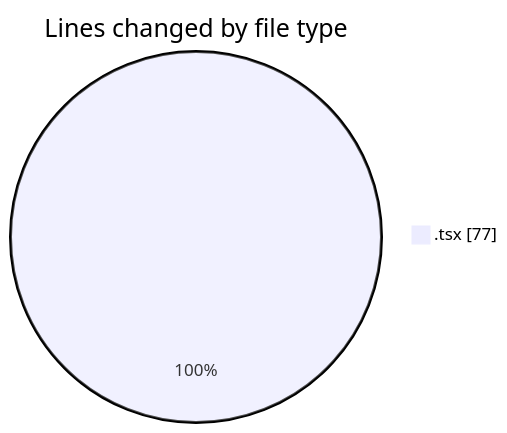
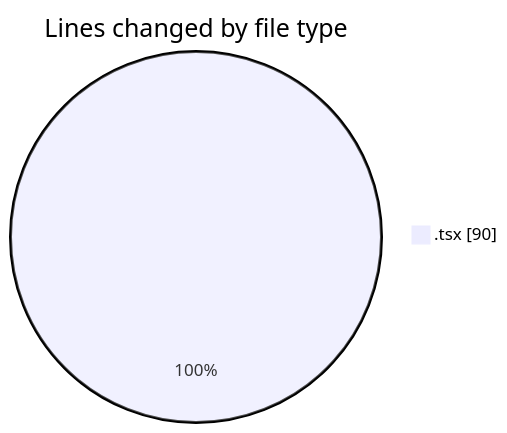
The first of 2 diagrams in 2025-03-27/cda/README.md (momahboobian/code-tracking), drawn with Mermaid before and after one commit. The commit also changed other lines of this file and 1 other file, not shown here.

````diff
--- a/2025-03-27/cda/README.md
+++ b/2025-03-27/cda/README.md
@@ -20,5 +20,5 @@
 ```mermaid
 pie showData
 title Lines changed by file type
-".tsx" : 77
+".tsx" : 90
 ```
````
